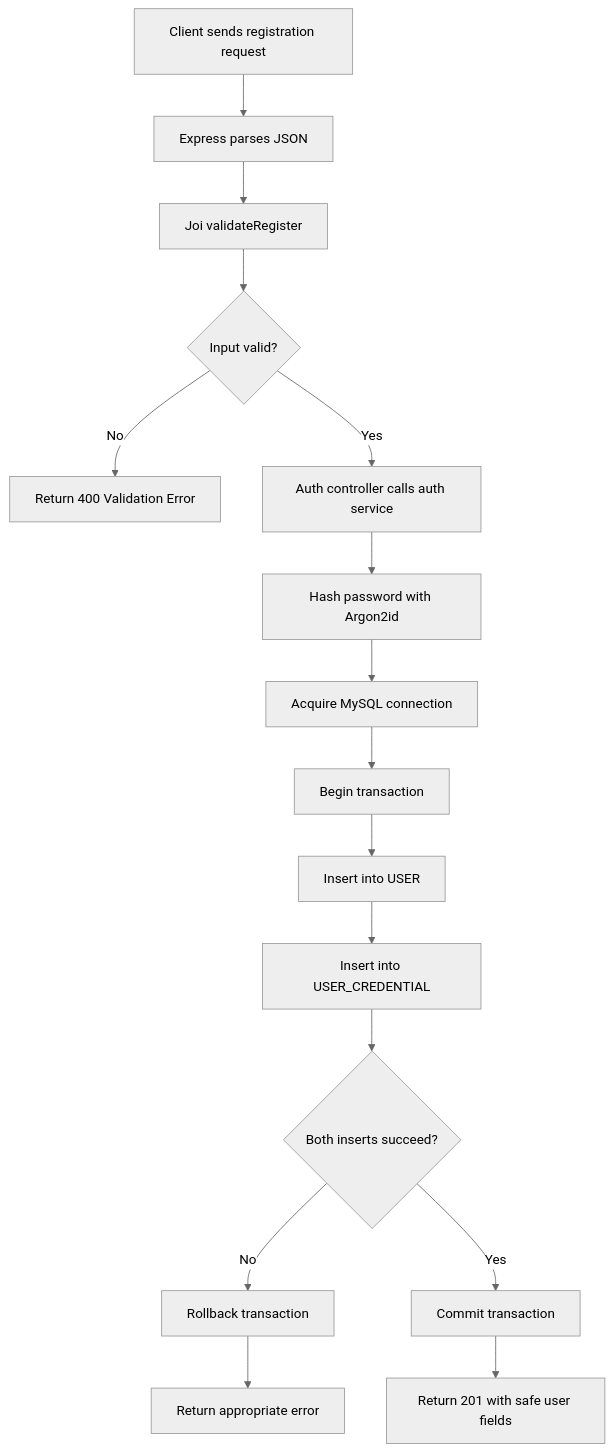
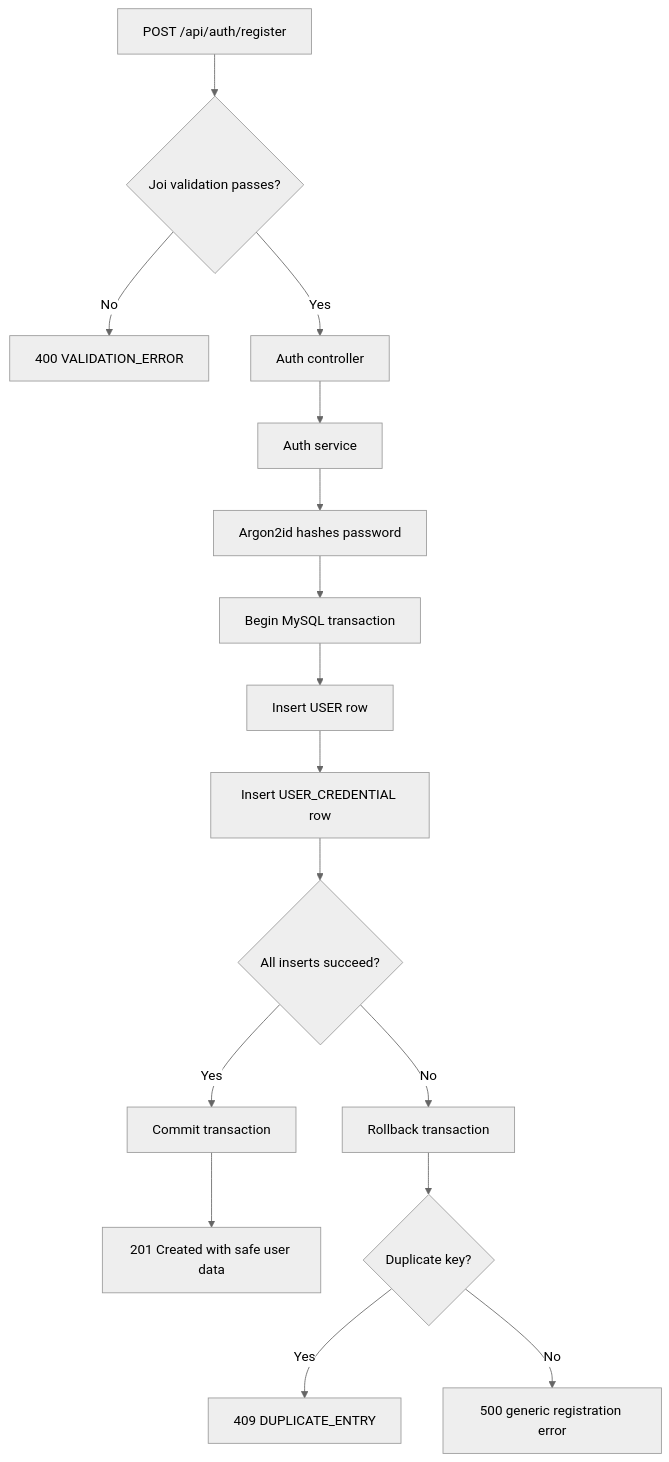
The first of 5 diagrams in README.md (kapilchand750-lang/mini_uber), drawn with Mermaid (neutral theme) before and after one commit. The commit also changed other lines of this file, not shown here.

````diff
--- a/README.md
+++ b/README.md
@@ -215,18 +219,18 @@
-```mermaid
+``` mermaid
 flowchart TD
-    A[Client sends registration request] --> B[Express parses JSON]
-    B --> C[Joi validateRegister]
-    C --> D{Input valid?}
-    D -- No --> E[Return 400 Validation Error]
-    D -- Yes --> F[Auth controller calls auth service]
-    F --> G[Hash password with Argon2id]
-    G --> H[Acquire MySQL connection]
-    H --> I[Begin transaction]
-    I --> J[Insert into USER]
-    J --> K[Insert into USER_CREDENTIAL]
-    K --> L{Both inserts succeed?}
-    L -- No --> M[Rollback transaction]
-    M --> N[Return appropriate error]
-    L -- Yes --> O[Commit transaction]
-    O --> P[Return 201 with safe user fields]
+    A[POST /api/auth/register] --> B{Joi validation passes?}
+    B -- No --> C[400 VALIDATION_ERROR]
+    B -- Yes --> D[Auth controller]
+    D --> E[Auth service]
+    E --> F[Argon2id hashes password]
+    F --> G[Begin MySQL transaction]
+    G --> H[Insert USER row]
+    H --> I[Insert USER_CREDENTIAL row]
+    I --> J{All inserts succeed?}
+    J -- Yes --> K[Commit transaction]
+    K --> L[201 Created with safe user data]
+    J -- No --> M[Rollback transaction]
+    M --> N{Duplicate key?}
+    N -- Yes --> O[409 DUPLICATE_ENTRY]
+    N -- No --> P[500 generic registration error]
 ```
````
